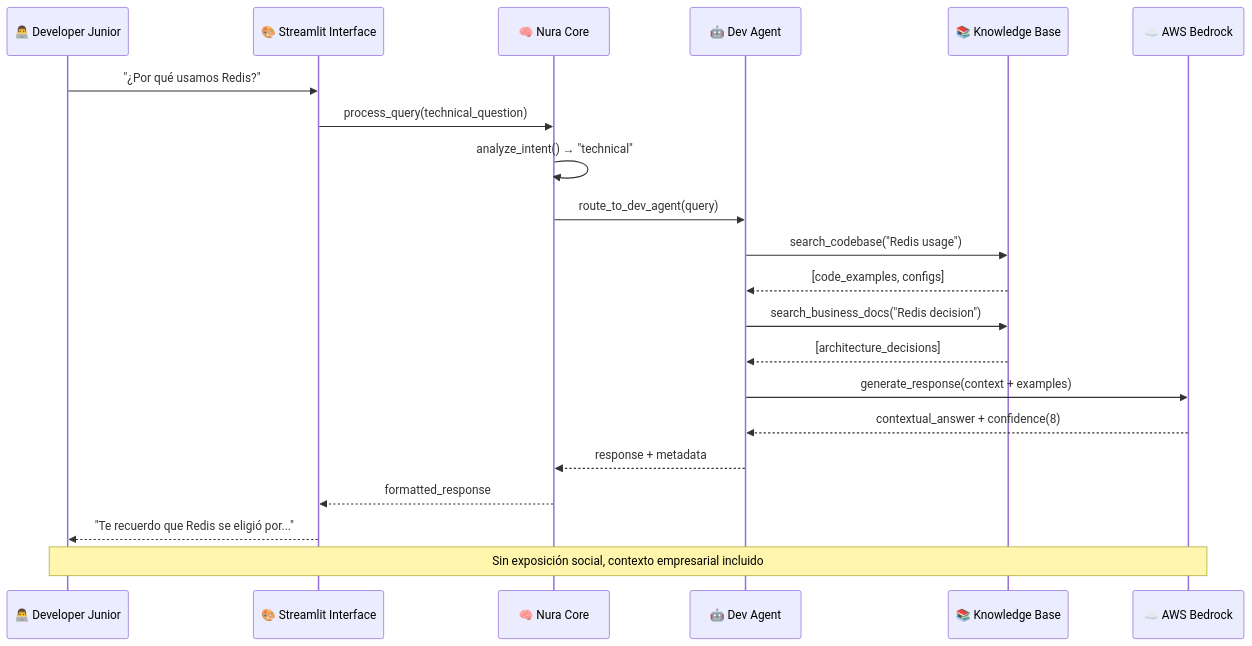
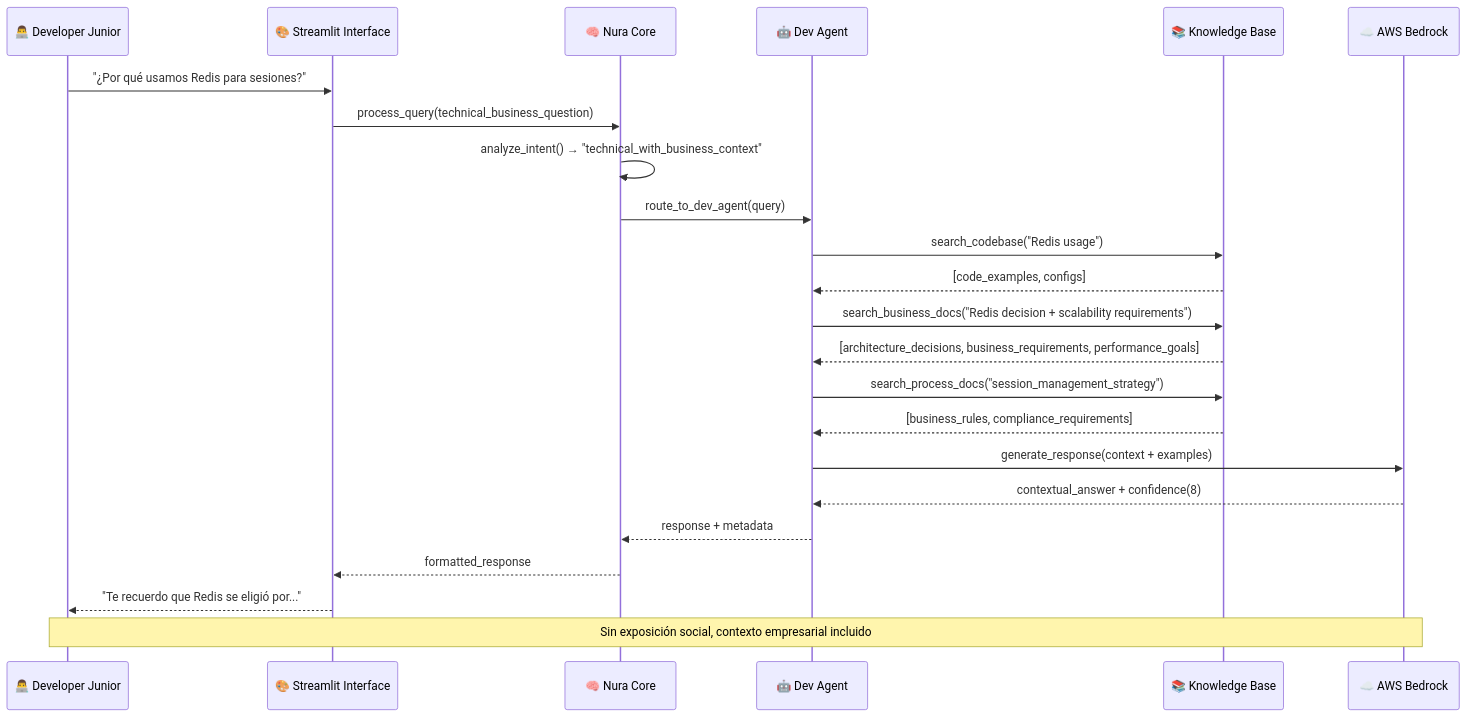
The seventh of 10 diagrams in readme.md (LIDR-academy/AI4Devs-finalproject), drawn with Mermaid before and after one commit. The commit also changed other lines of this file and 9 other files, not shown here.

````diff
--- a/readme.md
+++ b/readme.md
@@ -946,27 +949,29 @@
 ```mermaid
 sequenceDiagram
     participant Dev as 👨‍💻 Developer Junior
     participant UI as 🎨 Streamlit Interface
     participant Core as 🧠 Nura Core
     participant DevAgent as 🤖 Dev Agent
     participant KB as 📚 Knowledge Base
     participant LLM as ☁️ AWS Bedrock
     
-    Dev->>UI: "¿Por qué usamos Redis?"
-    UI->>Core: process_query(technical_question)
-    Core->>Core: analyze_intent() → "technical"
+    Dev->>UI: "¿Por qué usamos Redis para sesiones?"
+    UI->>Core: process_query(technical_business_question)
+    Core->>Core: analyze_intent() → "technical_with_business_context"
     Core->>DevAgent: route_to_dev_agent(query)
     
     DevAgent->>KB: search_codebase("Redis usage")
     KB-->>DevAgent: [code_examples, configs]
-    DevAgent->>KB: search_business_docs("Redis decision")
-    KB-->>DevAgent: [architecture_decisions]
+    DevAgent->>KB: search_business_docs("Redis decision + scalability requirements")
+    KB-->>DevAgent: [architecture_decisions, business_requirements, performance_goals]
+    DevAgent->>KB: search_process_docs("session_management_strategy")
+    KB-->>DevAgent: [business_rules, compliance_requirements]
     
     DevAgent->>LLM: generate_response(context + examples)
     LLM-->>DevAgent: contextual_answer + confidence(8)
     DevAgent-->>Core: response + metadata
     Core-->>UI: formatted_response
     UI-->>Dev: "Te recuerdo que Redis se eligió por..."
     
     Note over Dev,LLM: Sin exposición social, contexto empresarial incluido
 ```
````
